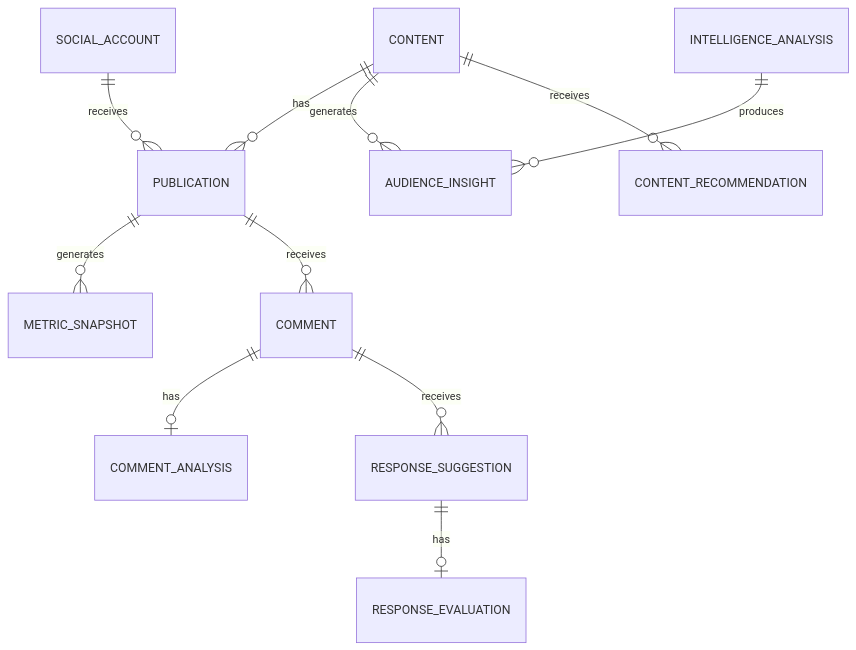
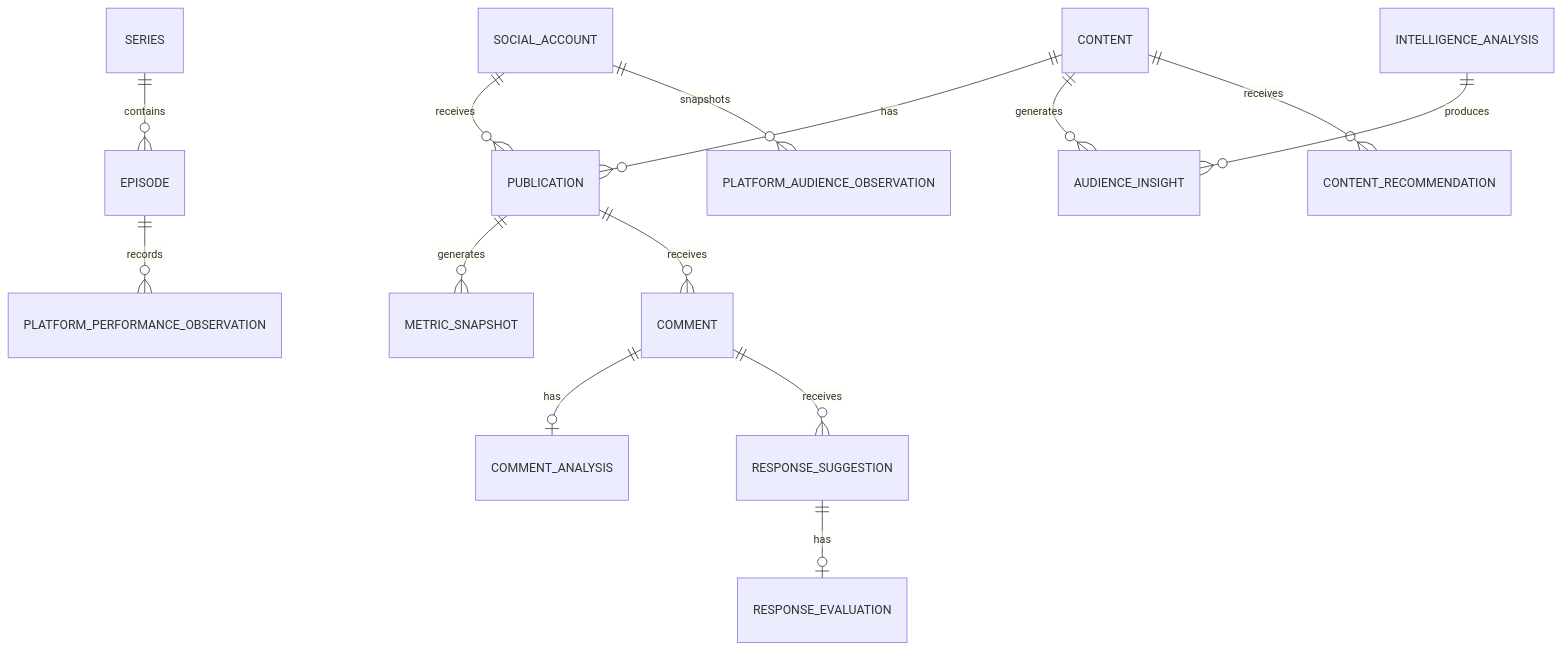
One commit to adrianojtf/content-manager changed the diagram in docs/domain/domain-model.md. Above: the diagram before and after it, drawn with Mermaid. The commit also changed other lines of this file and 291 other files, not shown here.

````diff
--- a/docs/domain/domain-model.md
+++ b/docs/domain/domain-model.md
@@ -101,13 +121,16 @@
 ```mermaid
 erDiagram
     CONTENT ||--o{ PUBLICATION : has
     SOCIAL_ACCOUNT ||--o{ PUBLICATION : receives
+    SERIES ||--o{ EPISODE : contains
+    EPISODE ||--o{ PLATFORM_PERFORMANCE_OBSERVATION : records
+    SOCIAL_ACCOUNT ||--o{ PLATFORM_AUDIENCE_OBSERVATION : snapshots
     PUBLICATION ||--o{ METRIC_SNAPSHOT : generates
     PUBLICATION ||--o{ COMMENT : receives
     COMMENT ||--o| COMMENT_ANALYSIS : has
     COMMENT ||--o{ RESPONSE_SUGGESTION : receives
     RESPONSE_SUGGESTION ||--o| RESPONSE_EVALUATION : has
     CONTENT ||--o{ AUDIENCE_INSIGHT : generates
     CONTENT ||--o{ CONTENT_RECOMMENDATION : receives
     INTELLIGENCE_ANALYSIS ||--o{ AUDIENCE_INSIGHT : produces
 ```
````
